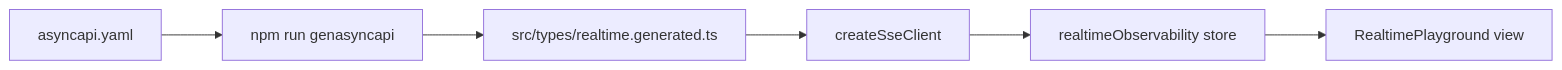
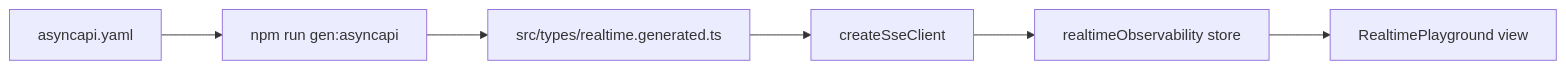
Before and after one commit to Guebbit/boilerplate-vue-frontend: the diagram in docs/api/asyncapi-workflow.md, drawn with Mermaid. The commit also changed other lines of this file and 51 other files, not shown here.

````diff
--- a/docs/api/asyncapi-workflow.md
+++ b/docs/api/asyncapi-workflow.md
@@ -73,9 +73,9 @@
 ```mermaid
 %%{init: {'flowchart': {'nodeSpacing': 50, 'rankSpacing': 65}}}%%
 flowchart LR
-    Spec[asyncapi.yaml] --> Gen[npm run genasyncapi]
+    Spec[asyncapi.yaml] --> Gen[npm run gen:asyncapi]
     Gen --> Types[src/types/realtime.generated.ts]
     Types --> Clients[createSseClient]
     Clients --> Stores[realtimeObservability store]
     Stores --> View[RealtimePlayground view]
 ```
````
